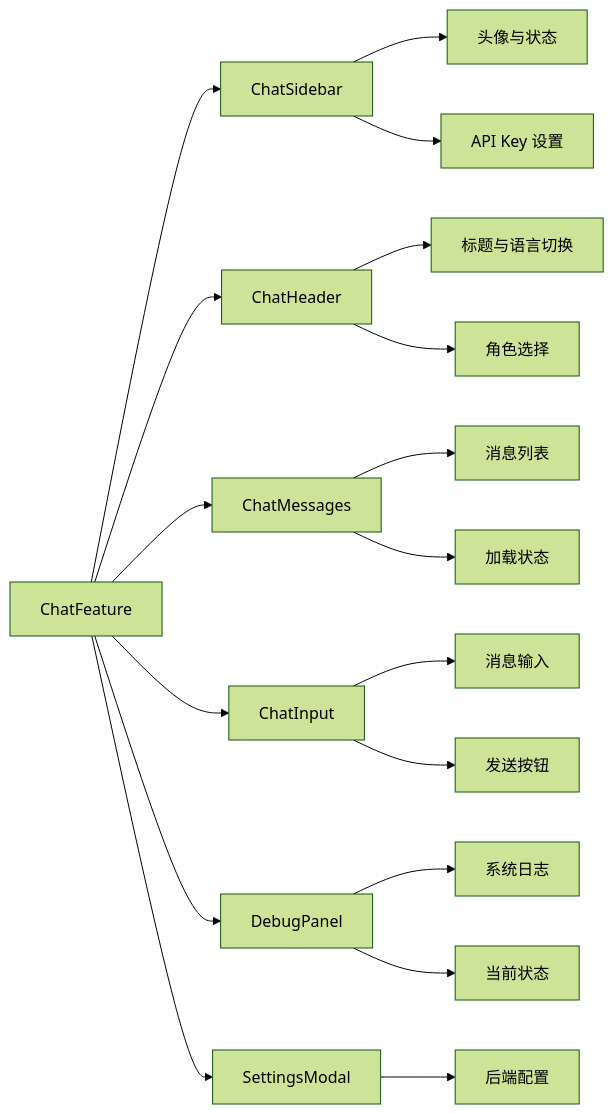
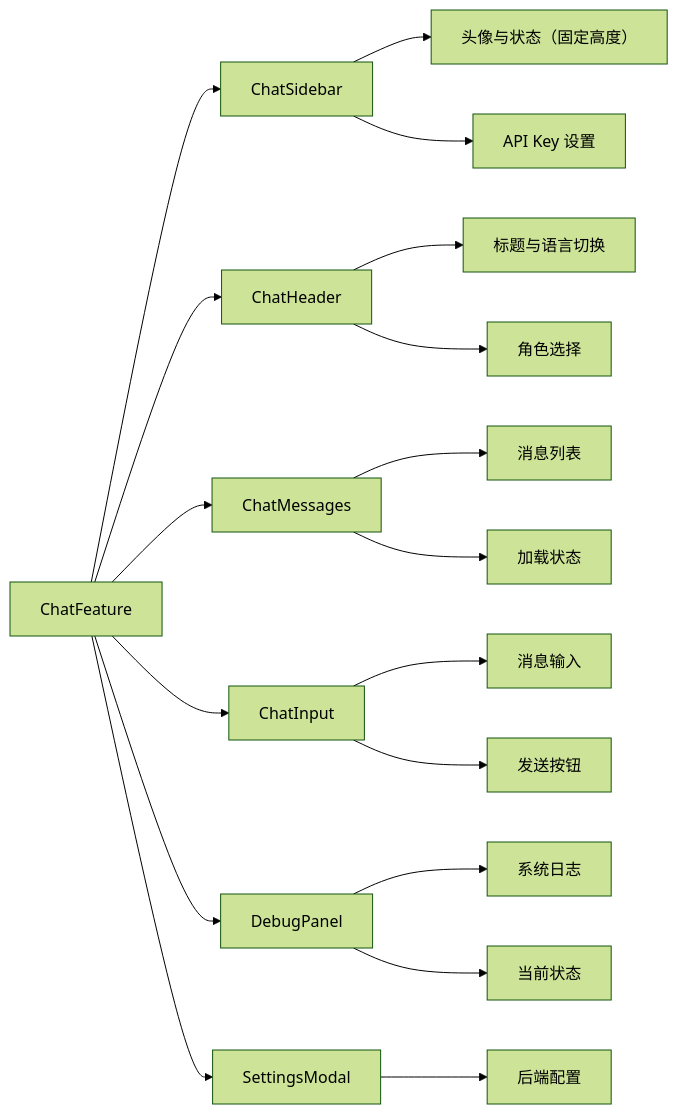
One commit to SaltedFish-No1/npc changed the second of 10 diagrams in web/docs/web-arch.md. Above: the diagram before and after it, drawn with Mermaid (forest theme). The commit also changed other lines of this file and 62 other files, not shown here.

````diff
--- a/web/docs/web-arch.md
+++ b/web/docs/web-arch.md
@@ -64,20 +66,20 @@
 ```mermaid
 flowchart LR
     A[ChatFeature] --> B[ChatSidebar]
     A --> C[ChatHeader]
     A --> D[ChatMessages]
     A --> E[ChatInput]
     A --> F[DebugPanel]
     A --> G[SettingsModal]
-    B --> H[头像与状态]
+    B --> H[头像与状态（固定高度）]
     B --> I[API Key 设置]
     C --> J[标题与语言切换]
     C --> K[角色选择]
     D --> L[消息列表]
     D --> M[加载状态]
     E --> N[消息输入]
     E --> O[发送按钮]
     F --> P[系统日志]
     F --> Q[当前状态]
     G --> R[后端配置]
 ```
````
